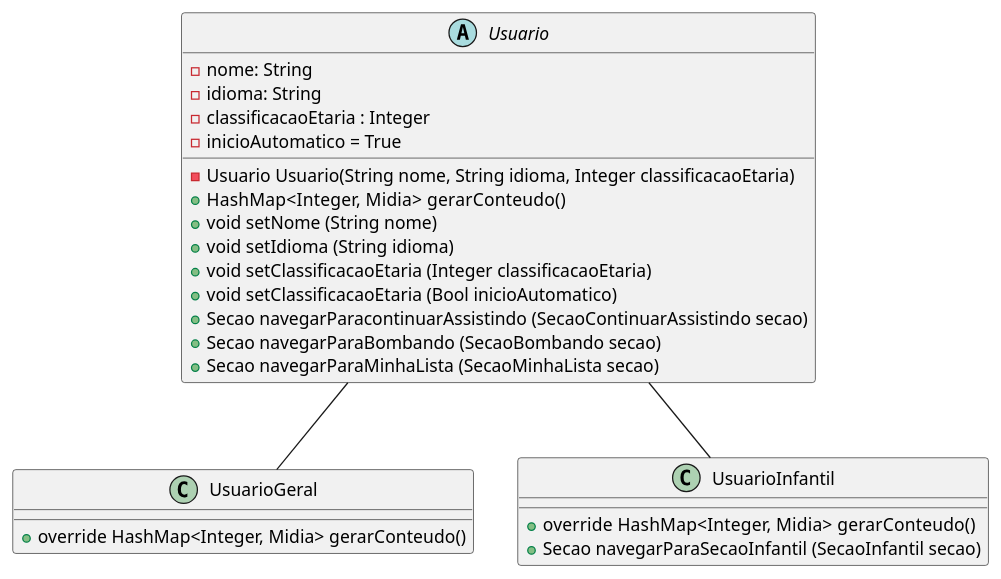
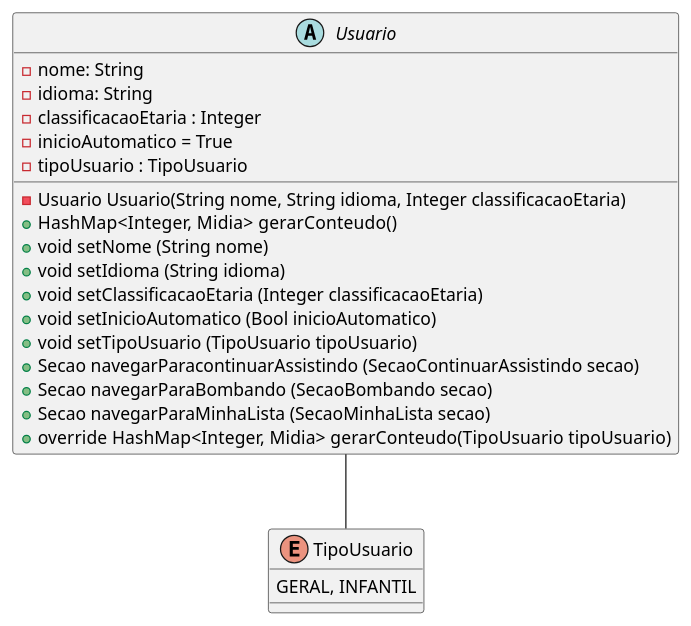
Before and after one commit to kvojps/estudo-uml: the diagram in netflix/C-Classes/Usuarios.puml, drawn with PlantUML. The commit also changed 2 other files, not shown here.

Commit message:
ajustando diagramas

```diff
--- a/netflix/C-Classes/Usuarios.puml
+++ b/netflix/C-Classes/Usuarios.puml
@@ -1,31 +1,28 @@
 @startuml Gerenciar perfil
 
 abstract class Usuario {
     - nome: String
     - idioma: String
     - classificacaoEtaria : Integer
     - inicioAutomatico = True
+    - tipoUsuario : TipoUsuario
     - Usuario Usuario(String nome, String idioma, Integer classificacaoEtaria)
     + HashMap<Integer, Midia>  gerarConteudo()
     + void setNome (String nome)
     + void setIdioma (String idioma)
     + void setClassificacaoEtaria (Integer classificacaoEtaria)
-    + void setClassificacaoEtaria (Bool inicioAutomatico)
+    + void setInicioAutomatico (Bool inicioAutomatico)
+    + void setTipoUsuario (TipoUsuario tipoUsuario)
     + Secao navegarParacontinuarAssistindo (SecaoContinuarAssistindo secao)
     + Secao navegarParaBombando (SecaoBombando secao)
     + Secao navegarParaMinhaLista (SecaoMinhaLista secao)
+    + override HashMap<Integer, Midia>  gerarConteudo(TipoUsuario tipoUsuario)
 }
 
-class UsuarioGeral {
-    + override HashMap<Integer, Midia> gerarConteudo()
+Enum TipoUsuario {
+    GERAL, INFANTIL
 }
 
-class UsuarioInfantil {
-    + override HashMap<Integer, Midia>  gerarConteudo()
-    + Secao navegarParaSecaoInfantil (SecaoInfantil secao)
-}
-
-Usuario -- UsuarioGeral
-Usuario -- UsuarioInfantil
+Usuario -- TipoUsuario
 
 @enduml
```
